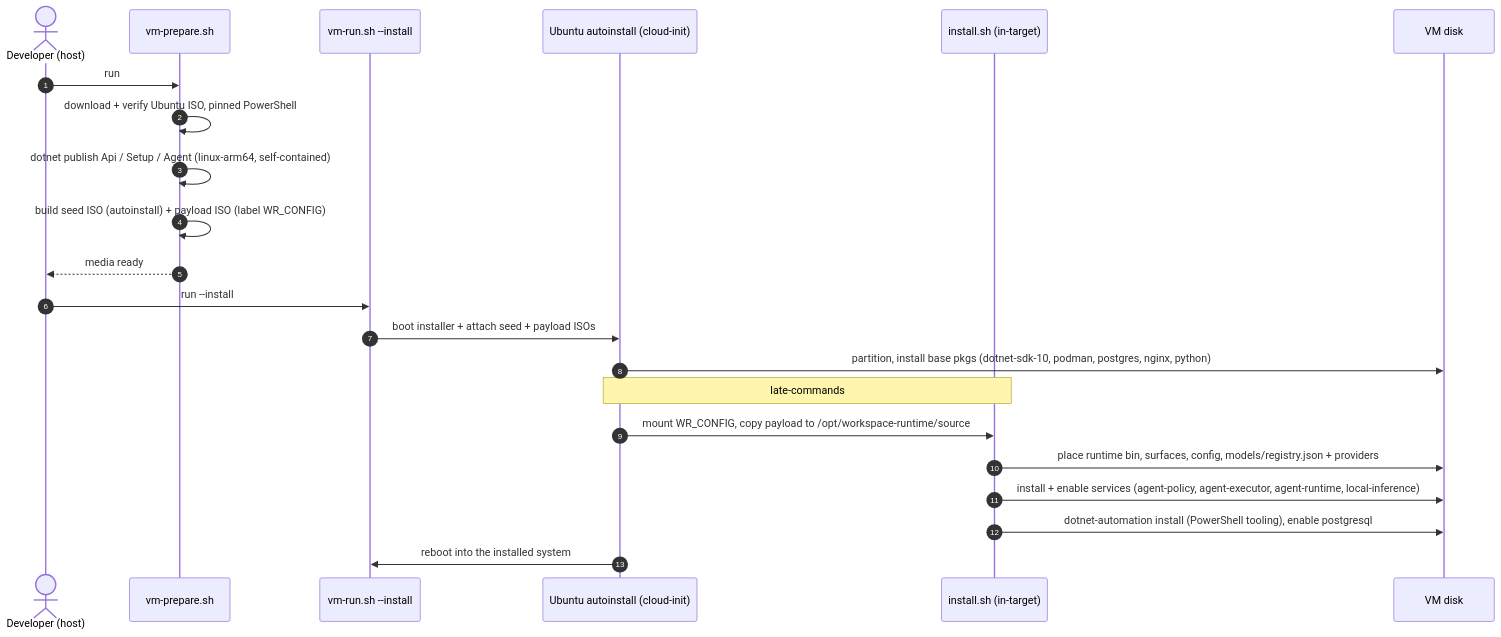
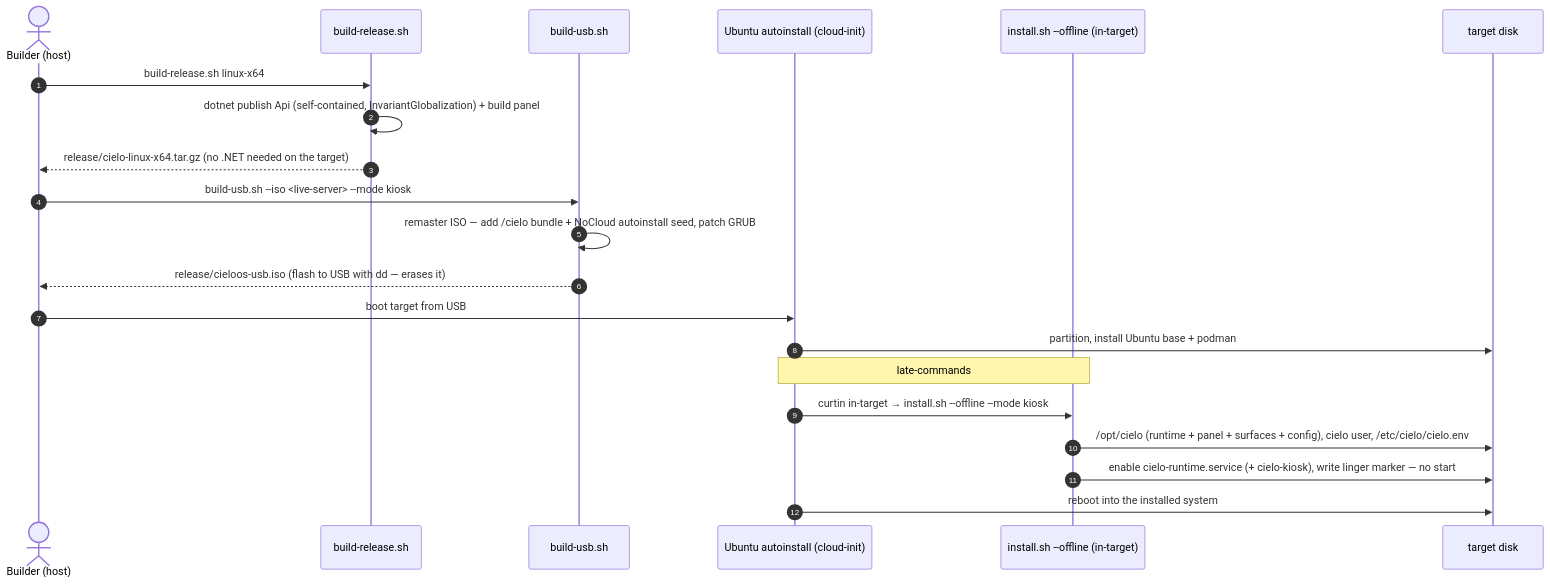
One commit to egarim/CieloOS changed the first of 3 diagrams in docs/boot-and-install-flow.md. Above: the diagram before and after it, drawn with Mermaid. The commit also changed other lines of this file and 4 other files, not shown here.

````diff
--- a/docs/boot-and-install-flow.md
+++ b/docs/boot-and-install-flow.md
@@ -9,25 +12,24 @@
 ```mermaid
 sequenceDiagram
     autonumber
-    actor Dev as Developer (host)
-    participant Prep as vm-prepare.sh
-    participant QEMU as vm-run.sh --install
+    actor Dev as Builder (host)
+    participant BR as build-release.sh
+    participant USB as build-usb.sh
     participant AI as Ubuntu autoinstall (cloud-init)
-    participant Inst as install.sh (in-target)
-    participant Disk as VM disk
+    participant Inst as install.sh --offline (in-target)
+    participant Disk as target disk
 
-    Dev->>Prep: run
-    Prep->>Prep: download + verify Ubuntu ISO, pinned PowerShell
-    Prep->>Prep: dotnet publish Api / Setup / Agent (linux-arm64, self-contained)
-    Prep->>Prep: build seed ISO (autoinstall) + payload ISO (label WR_CONFIG)
-    Prep-->>Dev: media ready
-    Dev->>QEMU: run --install
-    QEMU->>AI: boot installer + attach seed + payload ISOs
-    AI->>Disk: partition, install base pkgs (dotnet-sdk-10, podman, postgres, nginx, python)
+    Dev->>BR: build-release.sh linux-x64
+    BR->>BR: dotnet publish Api (self-contained, InvariantGlobalization) + build panel
+    BR-->>Dev: release/cielo-linux-x64.tar.gz  (no .NET needed on the target)
+    Dev->>USB: build-usb.sh --iso <live-server> --mode kiosk
+    USB->>USB: remaster ISO — add /cielo bundle + NoCloud autoinstall seed, patch GRUB
+    USB-->>Dev: release/cieloos-usb.iso  (flash to USB with dd — erases it)
+    Dev->>AI: boot target from USB
+    AI->>Disk: partition, install Ubuntu base + podman
     Note over AI,Inst: late-commands
-    AI->>Inst: mount WR_CONFIG, copy payload to /opt/workspace-runtime/source
-    Inst->>Disk: place runtime bin, surfaces, config, models/registry.json + providers
-    Inst->>Disk: install + enable services (agent-policy, agent-executor, agent-runtime, local-inference)
-    Inst->>Disk: dotnet-automation install (PowerShell tooling), enable postgresql
-    AI->>QEMU: reboot into the installed system
+    AI->>Inst: curtin in-target → install.sh --offline --mode kiosk
+    Inst->>Disk: /opt/cielo (runtime + panel + surfaces + config), cielo user, /etc/cielo/cielo.env
+    Inst->>Disk: enable cielo-runtime.service (+ cielo-kiosk), write linger marker — no start
+    AI->>Disk: reboot into the installed system
 ```
````
